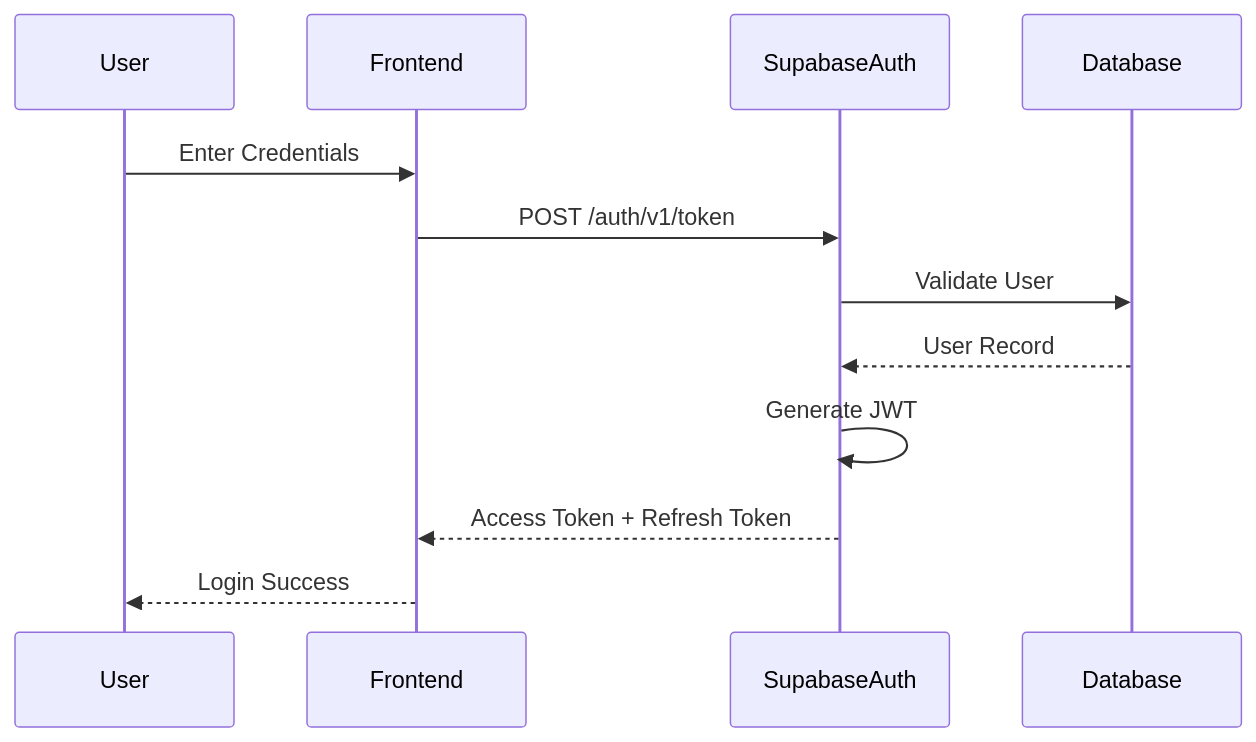
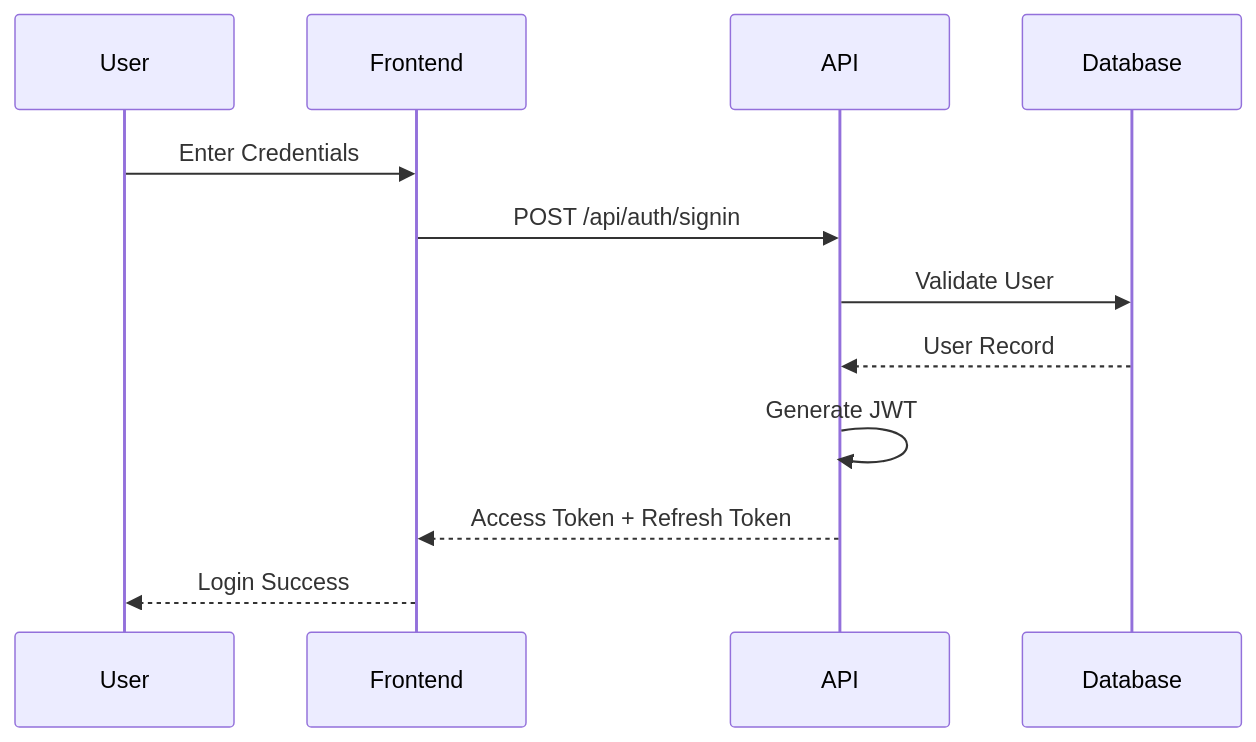
Before and after one commit to Recon-X2025/guardian-flow: the second of 5 diagrams in docs/SECURITY_ACCESS_CONTROL_2025-11-01.md, drawn with Mermaid. The commit also changed other lines of this file and 361 other files, not shown here.

````diff
--- a/docs/SECURITY_ACCESS_CONTROL_2025-11-01.md
+++ b/docs/SECURITY_ACCESS_CONTROL_2025-11-01.md
@@ -62,15 +62,15 @@
 ```mermaid
 sequenceDiagram
     participant User
     participant Frontend
-    participant SupabaseAuth
+    participant API
     participant Database
-    
+
     User->>Frontend: Enter Credentials
-    Frontend->>SupabaseAuth: POST /auth/v1/token
-    SupabaseAuth->>Database: Validate User
-    Database-->>SupabaseAuth: User Record
-    SupabaseAuth->>SupabaseAuth: Generate JWT
-    SupabaseAuth-->>Frontend: Access Token + Refresh Token
+    Frontend->>API: POST /api/auth/signin
+    API->>Database: Validate User
+    Database-->>API: User Record
+    API->>API: Generate JWT
+    API-->>Frontend: Access Token + Refresh Token
     Frontend-->>User: Login Success
 ```
````
